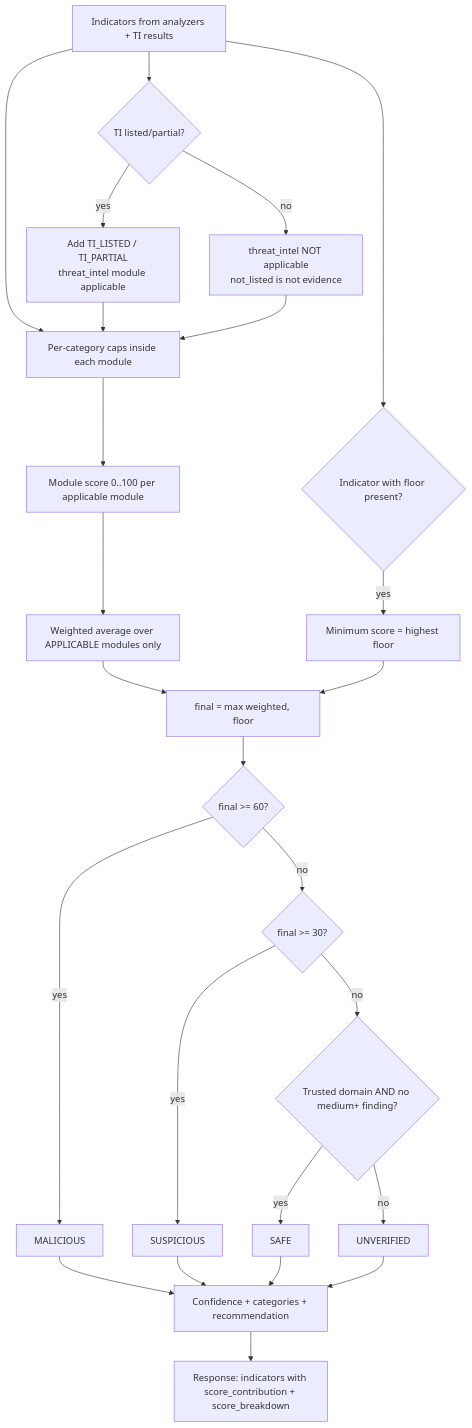
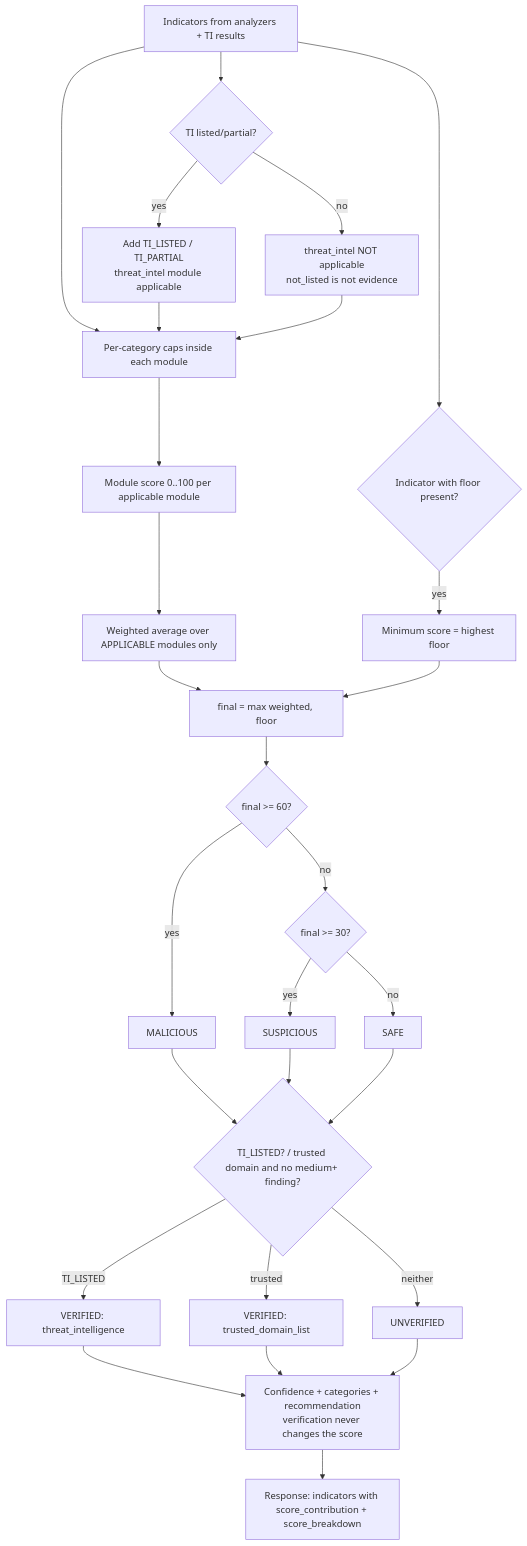
Before and after one commit to Spandan314/QRGUARD: the diagram in docs/risk-scoring.md, drawn with Mermaid. The commit also changed other lines of this file and 12 other files, not shown here.

````diff
--- a/docs/risk-scoring.md
+++ b/docs/risk-scoring.md
@@ -250,21 +288,23 @@
 ```mermaid
 flowchart TD
   A[Indicators from analyzers + TI results] --> T{TI listed/partial?}
   T -- yes --> TI[Add TI_LISTED / TI_PARTIAL<br/>threat_intel module applicable]
   T -- no --> NA[threat_intel NOT applicable<br/>not_listed is not evidence]
   A & TI & NA --> B[Per-category caps inside each module]
   B --> C[Module score 0..100 per applicable module]
   C --> D[Weighted average over APPLICABLE modules only]
   A --> F{Indicator with floor present?}
   F -- yes --> G[Minimum score = highest floor]
   D & G --> I[final = max weighted, floor]
   I --> K{final >= 60?}
   K -- yes --> M[MALICIOUS]
   K -- no --> L{final >= 30?}
   L -- yes --> S[SUSPICIOUS]
-  L -- no --> V{Trusted domain AND no medium+ finding?}
-  V -- yes --> SA[SAFE]
-  V -- no --> UV[UNVERIFIED]
-  M & S & SA & UV --> CF[Confidence + categories + recommendation]
+  L -- no --> SA[SAFE]
+  M & S & SA --> VF{TI_LISTED? / trusted domain and no medium+ finding?}
+  VF -- TI_LISTED --> V1[VERIFIED: threat_intelligence]
+  VF -- trusted --> V2[VERIFIED: trusted_domain_list]
+  VF -- neither --> V3[UNVERIFIED]
+  V1 & V2 & V3 --> CF[Confidence + categories + recommendation<br/>verification never changes the score]
   CF --> OUT[Response: indicators with score_contribution + score_breakdown]
 ```
````
